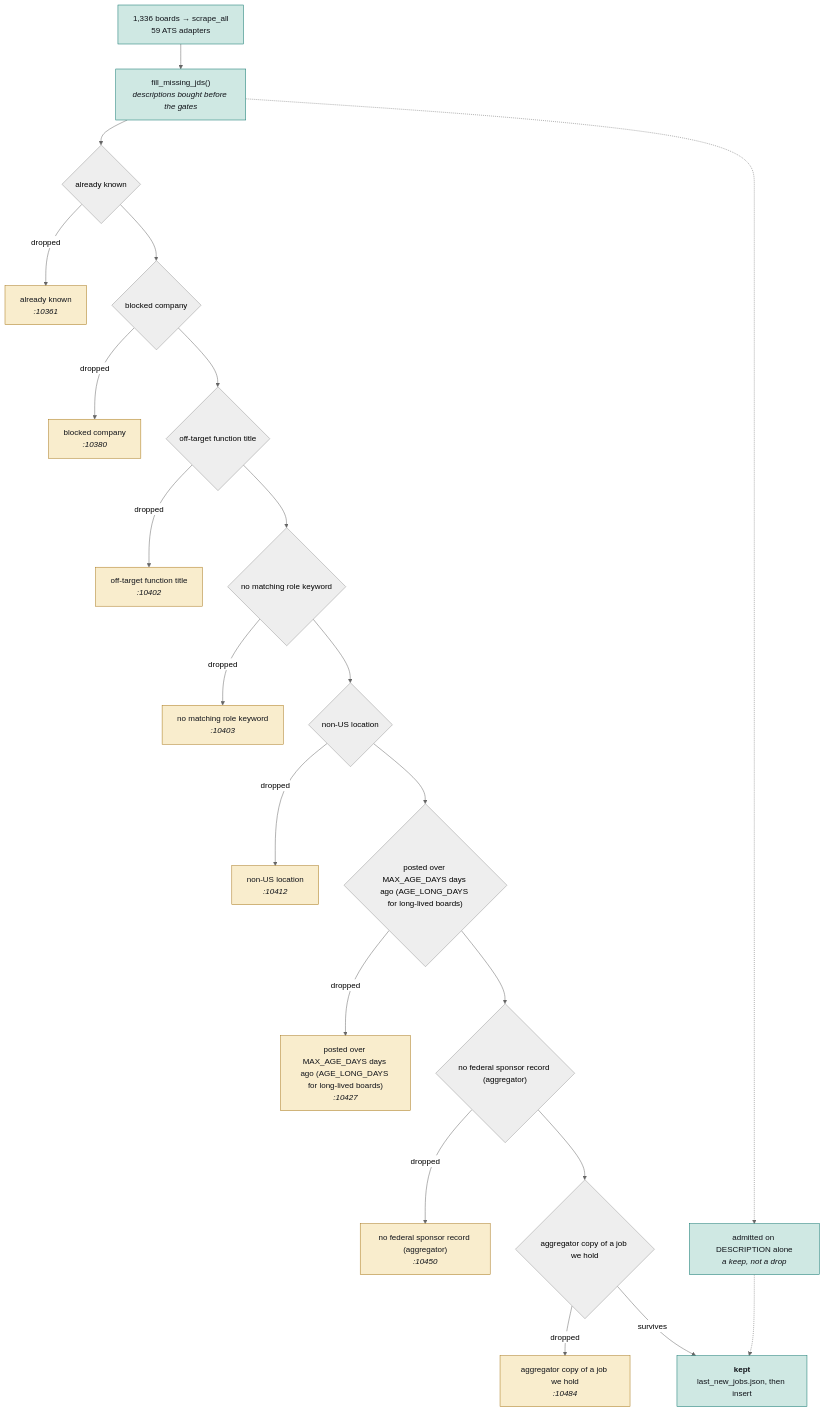
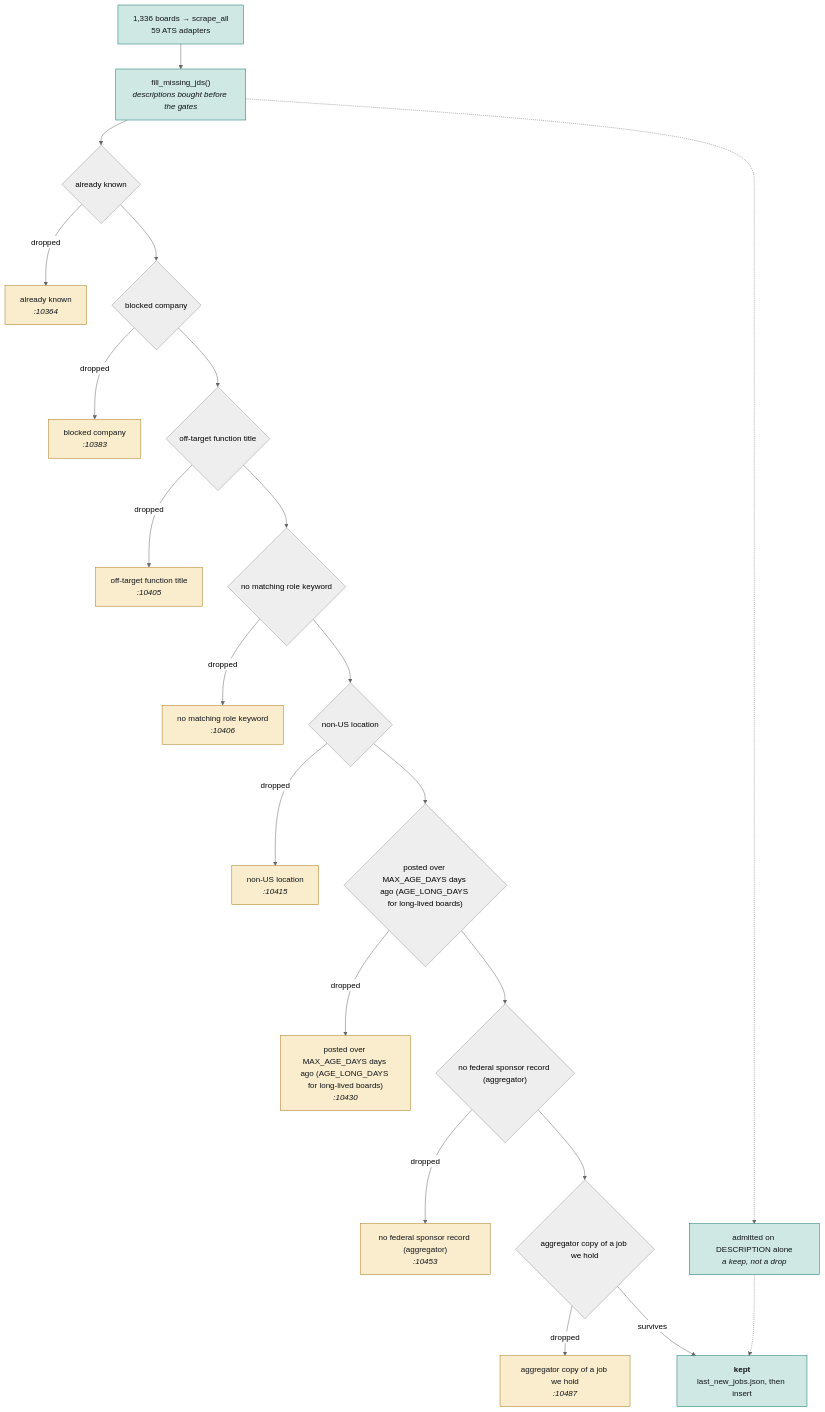
The second of 4 diagrams in JobMatch Scraper/docs/ARCHITECTURE.md (hadakunal909-debug/job-search-tool), drawn with Mermaid (neutral theme) before and after one commit. The commit also changed other lines of this file and 17 other files, not shown here.

````diff
--- a/JobMatch Scraper/docs/ARCHITECTURE.md
+++ b/JobMatch Scraper/docs/ARCHITECTURE.md
@@ -127,54 +127,54 @@
 ```mermaid
 flowchart TB
   SRC["1,336 boards → scrape_all<br/>59 ATS adapters"]
   JD["fill_missing_jds()<br/><i>descriptions bought before the gates</i>"]
   SRC --> JD
   G0{"already known"}
-  D0["already known<br/><i>:10361</i>"]
+  D0["already known<br/><i>:10364</i>"]
   JD --> G0
   G0 -->|dropped| D0
   class D0 trap
   G1{"blocked company"}
-  D1["blocked company<br/><i>:10380</i>"]
+  D1["blocked company<br/><i>:10383</i>"]
   G0 --> G1
   G1 -->|dropped| D1
   class D1 trap
   G2{"off-target function title"}
-  D2["off-target function title<br/><i>:10402</i>"]
+  D2["off-target function title<br/><i>:10405</i>"]
   G1 --> G2
   G2 -->|dropped| D2
   class D2 trap
   G3{"no matching role keyword"}
-  D3["no matching role keyword<br/><i>:10403</i>"]
+  D3["no matching role keyword<br/><i>:10406</i>"]
   G2 --> G3
   G3 -->|dropped| D3
   class D3 trap
   G4{"non-US location"}
-  D4["non-US location<br/><i>:10412</i>"]
+  D4["non-US location<br/><i>:10415</i>"]
   G3 --> G4
   G4 -->|dropped| D4
   class D4 trap
   G5{"posted over MAX_AGE_DAYS days ago (AGE_LONG_DAYS for long-lived boards)"}
-  D5["posted over MAX_AGE_DAYS days ago (AGE_LONG_DAYS for long-lived boards)<br/><i>:10427</i>"]
+  D5["posted over MAX_AGE_DAYS days ago (AGE_LONG_DAYS for long-lived boards)<br/><i>:10430</i>"]
   G4 --> G5
   G5 -->|dropped| D5
   class D5 trap
   G6{"no federal sponsor record (aggregator)"}
-  D6["no federal sponsor record (aggregator)<br/><i>:10450</i>"]
+  D6["no federal sponsor record (aggregator)<br/><i>:10453</i>"]
   G5 --> G6
   G6 -->|dropped| D6
   class D6 trap
   G7{"aggregator copy of a job we hold"}
-  D7["aggregator copy of a job we hold<br/><i>:10484</i>"]
+  D7["aggregator copy of a job we hold<br/><i>:10487</i>"]
   G6 --> G7
   G7 -->|dropped| D7
   class D7 trap
   KEEP["<b>kept</b><br/>last_new_jobs.json, then insert"]
   G7 -->|survives| KEEP
   RESCUE["admitted on DESCRIPTION alone<br/><i>a keep, not a drop</i>"]
   JD -.-> RESCUE
   RESCUE -.-> KEEP
   classDef trap fill:#f9edcd,stroke:#a8781a,color:#101319
   classDef sched fill:#cfe8e3,stroke:#0f766e,color:#101319
   class SRC,JD,KEEP,RESCUE sched
 ```
````
